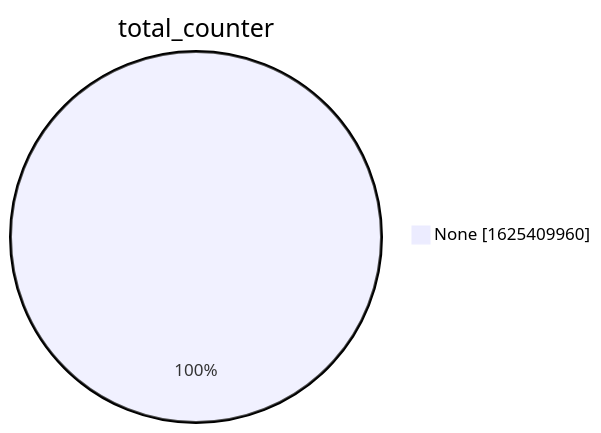
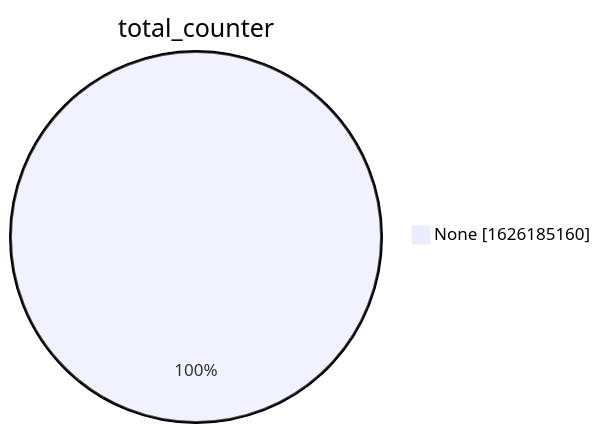
The second of 15 diagrams in xenon2022/README.md (christiankrug/ctmonitor_visualization), drawn with Mermaid before and after one commit. The commit also changed other lines of this file, not shown here.

````diff
--- a/xenon2022/README.md
+++ b/xenon2022/README.md
@@ -9,5 +9,5 @@
 ```mermaid
 pie showData
 title total_counter
-"None" :1625409960
+"None" :1626185160
 ```
````
